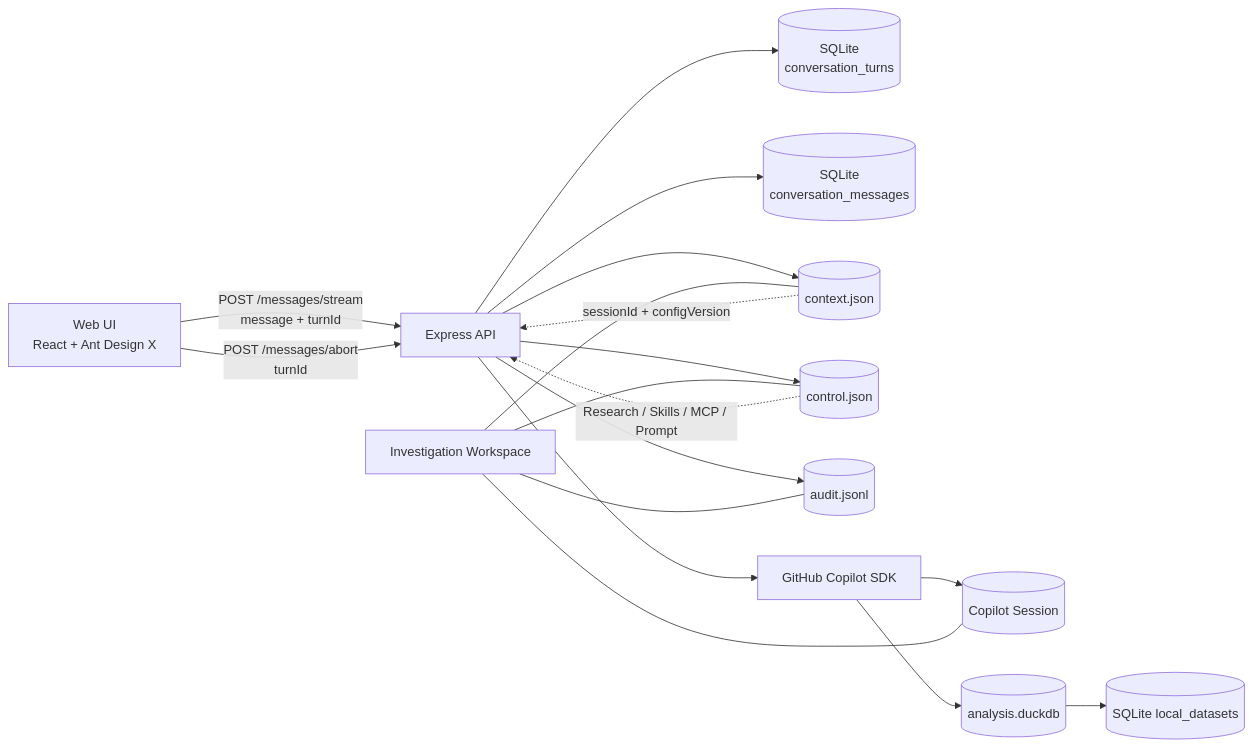
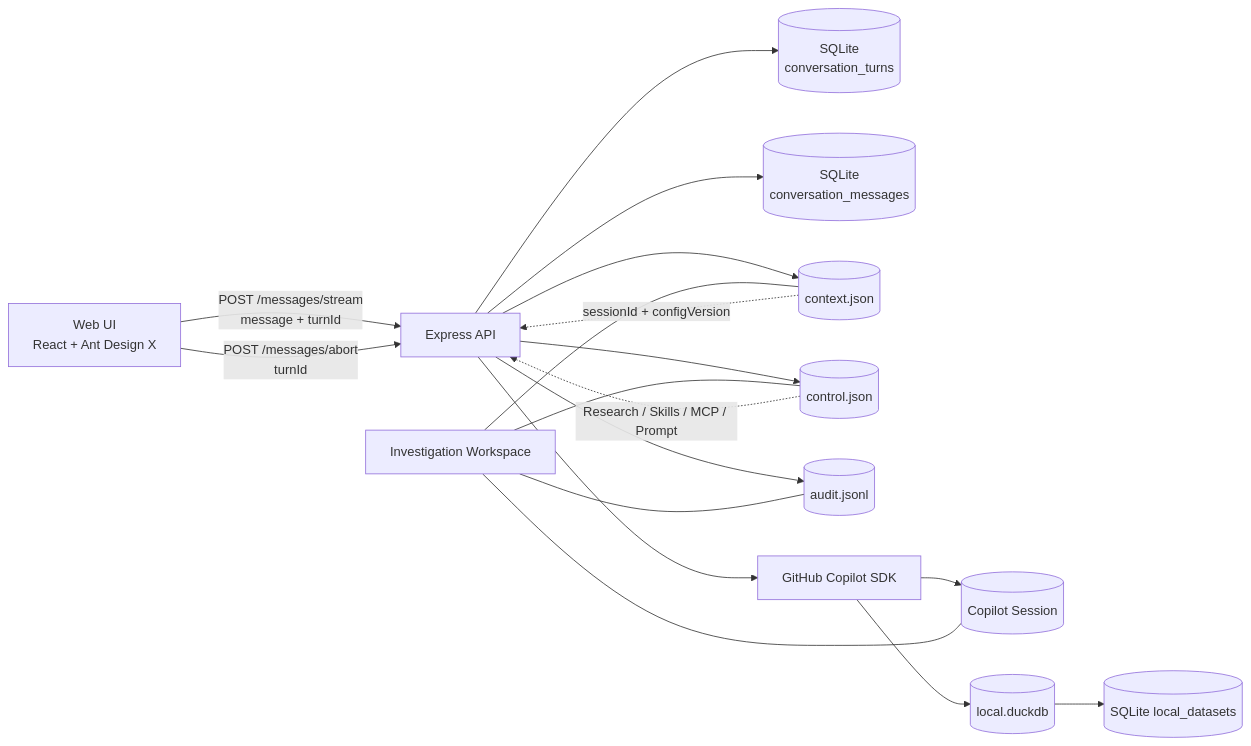
One commit to saga/agentic-data-architect changed the first of 8 diagrams in docs/data-control-flow.md. Above: the diagram before and after it, drawn with Mermaid. The commit also changed other lines of this file, not shown here.

Commit message:
docs(local-data): reflect DuckDB catalog collision fix

```diff
--- a/docs/data-control-flow.md
+++ b/docs/data-control-flow.md
@@ -36,35 +36,35 @@
 ~~~mermaid
 flowchart LR
     Browser[Web UI<br/>React + Ant Design X]
     API[Express API]
     Turn[(SQLite<br/>conversation_turns)]
     Msg[(SQLite<br/>conversation_messages)]
     Context[(context.json)]
     Control[(control.json)]
     Audit[(audit.jsonl)]
     Copilot[GitHub Copilot SDK]
     Session[(Copilot Session)]
     Workspace[Investigation Workspace]
-    DuckDB[(analysis.duckdb)]
+    DuckDB[(local.duckdb)]
     Dataset[(SQLite local_datasets)]
 
     Browser -->|POST /messages/stream<br/>message + turnId| API
     Browser -->|POST /messages/abort<br/>turnId| API
     API --> Turn
     API --> Msg
     API --> Context
     API --> Control
     API --> Audit
     API --> Copilot
     Copilot --> DuckDB
     DuckDB --> Dataset
     Copilot --> Session
 
     Context -.->|sessionId + configVersion| API
     Control -.->|Research / Skills / MCP / Prompt| API
 
     Workspace --- Context
     Workspace --- Control
     Workspace --- Audit
     Workspace --- Session
 ~~~
```
